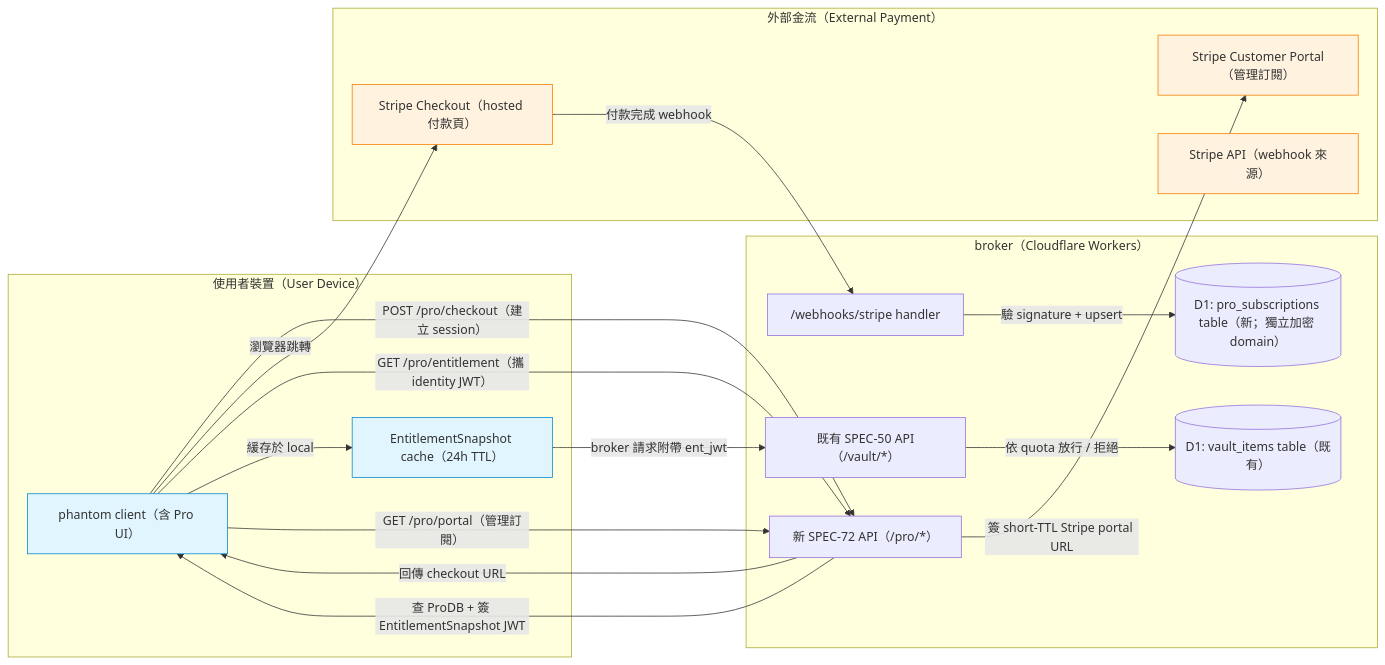
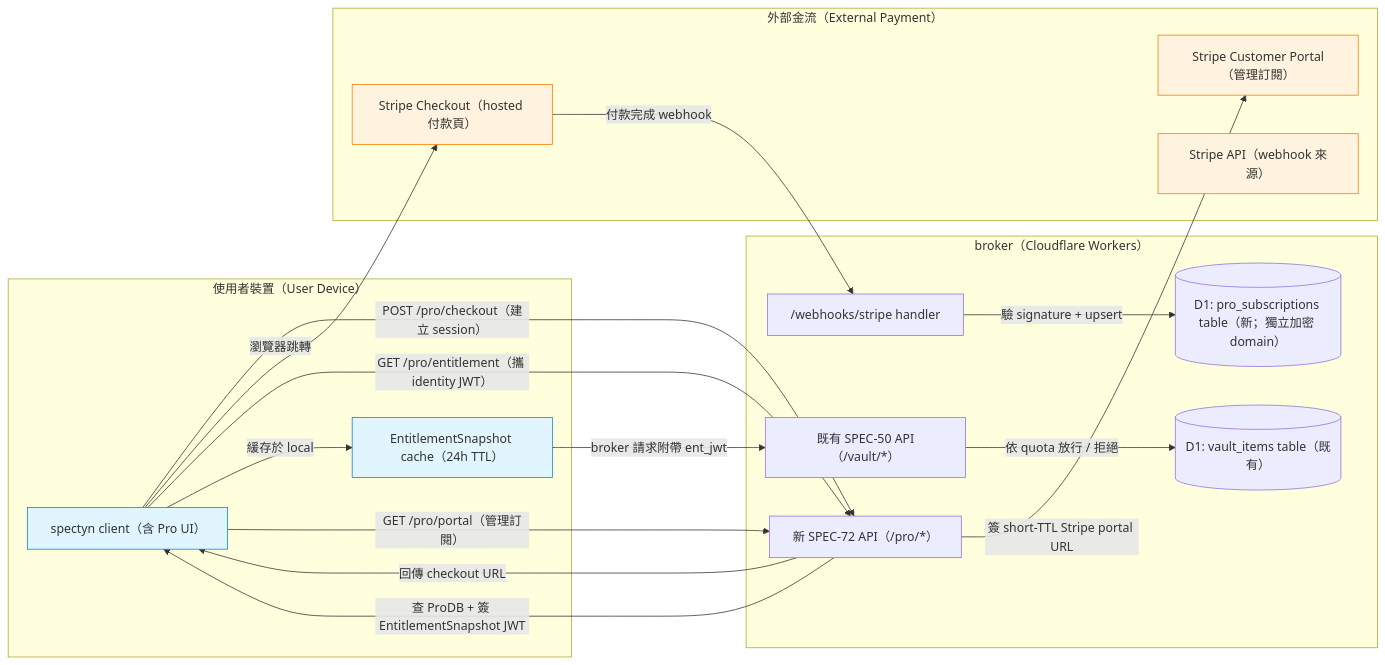
The first of 3 diagrams in docs/spec/history/2026-05-30/deferred/SPEC-72-EXP-paid-broker.md (markl-a/phantom-mesh), drawn with Mermaid before and after one commit. The commit also changed other lines of this file and 1245 other files, not shown here.

First line of the commit message:
rename: phantom -> spectyn across the public tree

````diff
--- a/docs/spec/history/2026-05-30/deferred/SPEC-72-EXP-paid-broker.md
+++ b/docs/spec/history/2026-05-30/deferred/SPEC-72-EXP-paid-broker.md
@@ -164,39 +164,39 @@
 ```mermaid
 flowchart LR
     subgraph "使用者裝置（User Device）"
-        Client["phantom client（含 Pro UI）"]
+        Client["spectyn client（含 Pro UI）"]
         Cache["EntitlementSnapshot cache（24h TTL）"]
     end
 
     subgraph "broker（Cloudflare Workers）"
         BrokerAPI["既有 SPEC-50 API（/vault/*）"]
         ProAPI["新 SPEC-72 API（/pro/*）"]
         VaultDB[("D1: vault_items table（既有）")]
         ProDB[("D1: pro_subscriptions table（新；獨立加密 domain）")]
         WebhookHandler["/webhooks/stripe handler"]
     end
 
     subgraph "外部金流（External Payment）"
         StripeCheckout["Stripe Checkout（hosted 付款頁）"]
         StripePortal["Stripe Customer Portal（管理訂閱）"]
         StripeAPI["Stripe API（webhook 來源）"]
     end
 
     Client -- "POST /pro/checkout（建立 session）" --> ProAPI
     ProAPI -- "回傳 checkout URL" --> Client
     Client -- "瀏覽器跳轉" --> StripeCheckout
     StripeCheckout -- "付款完成 webhook" --> WebhookHandler
     WebhookHandler -- "驗 signature + upsert" --> ProDB
     Client -- "GET /pro/entitlement（攜 identity JWT）" --> ProAPI
     ProAPI -- "查 ProDB + 簽 EntitlementSnapshot JWT" --> Client
     Client -- "緩存於 local" --> Cache
     Cache -- "broker 請求附帶 ent_jwt" --> BrokerAPI
     BrokerAPI -- "依 quota 放行 / 拒絕" --> VaultDB
     Client -- "GET /pro/portal（管理訂閱）" --> ProAPI
     ProAPI -- "簽 short-TTL Stripe portal URL" --> StripePortal
 
     classDef trust fill:#e1f5ff,stroke:#0288d1
     classDef pay fill:#fff3e0,stroke:#f57c00
     class Client,Cache trust
     class StripeCheckout,StripePortal,StripeAPI pay
 ```
````
